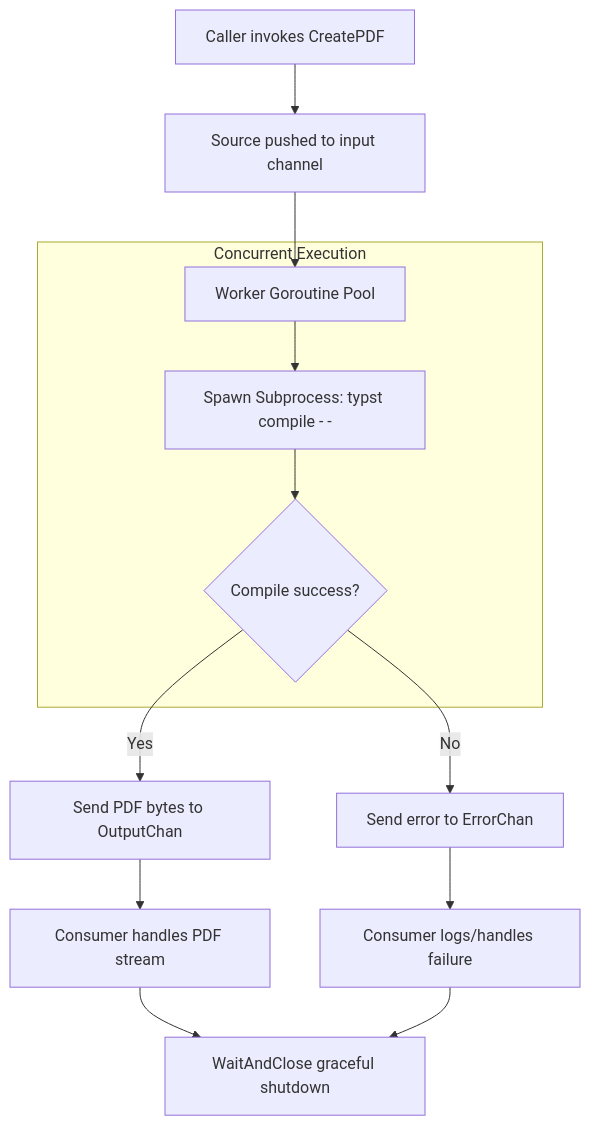
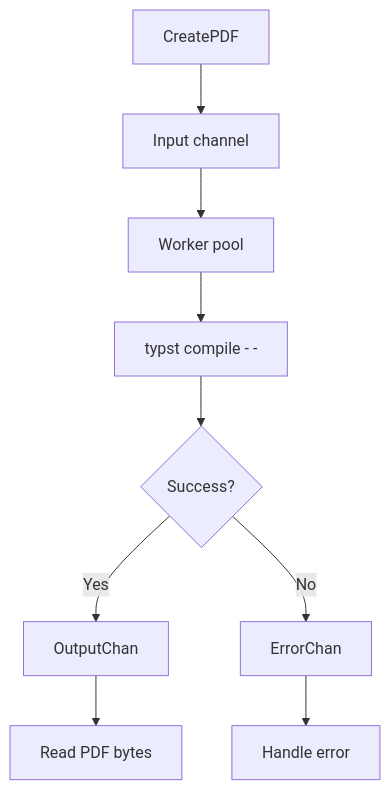
Before and after one commit to iamharshdabas/typst-concurrent-renderer: the diagram in README.md, drawn with Mermaid. The commit also changed other lines of this file, not shown here.

````diff
--- a/README.md
+++ b/README.md
@@ -23,19 +24,11 @@
 ```mermaid
 flowchart TD
-    A[Caller invokes CreatePDF] --> B[Source pushed to input channel]
-    B --> C[Worker Goroutine Pool]
-
-    subgraph Concurrent Execution
-    C --> D[Spawn Subprocess: typst compile - -]
-    D --> E{Compile success?}
-    end
-
-    E -->|Yes| F[Send PDF bytes to OutputChan]
-    E -->|No| G[Send error to ErrorChan]
-
-    F --> H[Consumer handles PDF stream]
-    G --> I[Consumer logs/handles failure]
-    H --> J[WaitAndClose graceful shutdown]
-    I --> J
-
+    A[CreatePDF] --> B[Input channel]
+    B --> C[Worker pool]
+    C --> D[typst compile - -]
+    D --> E{Success?}
+    E -->|Yes| F[OutputChan]
+    E -->|No| G[ErrorChan]
+    F --> H[Read PDF bytes]
+    G --> I[Handle error]
 ```
````
